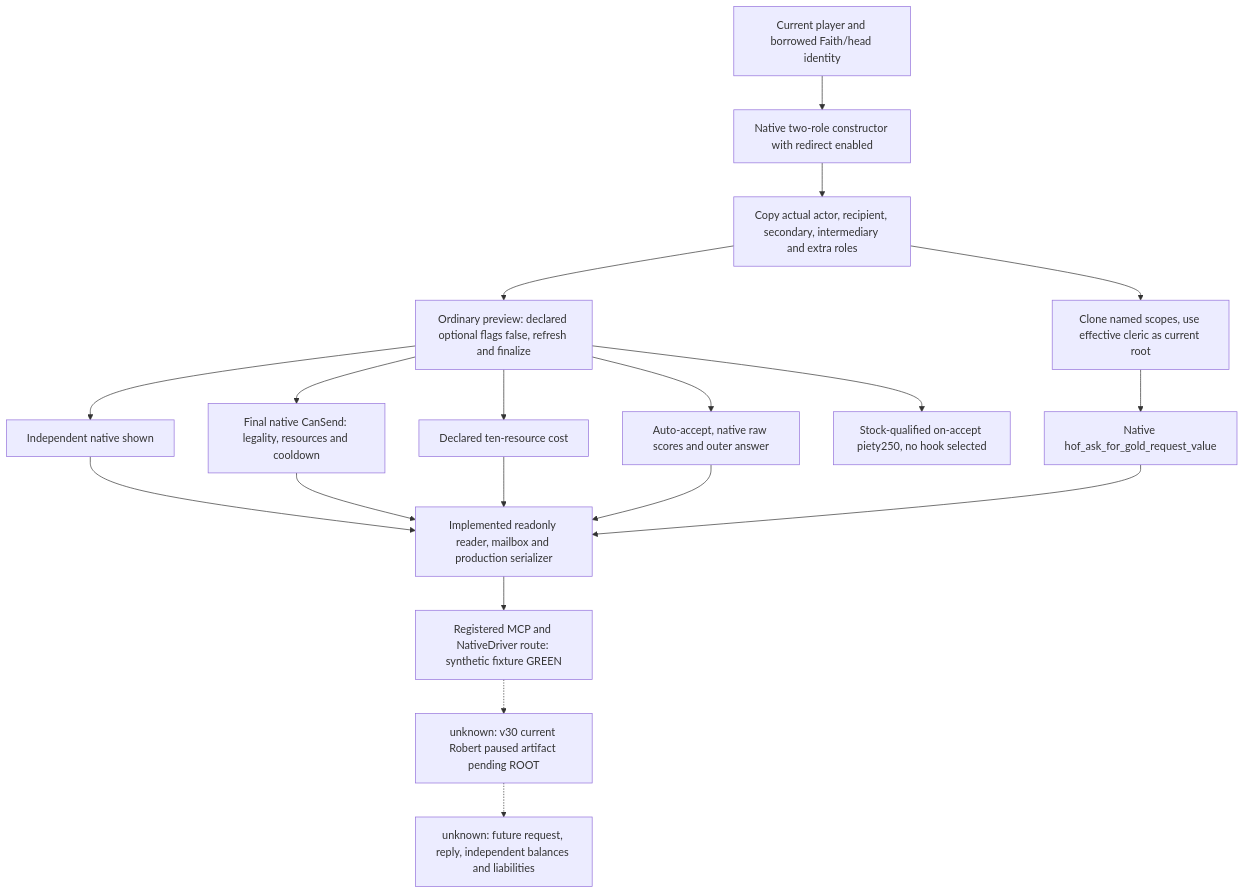
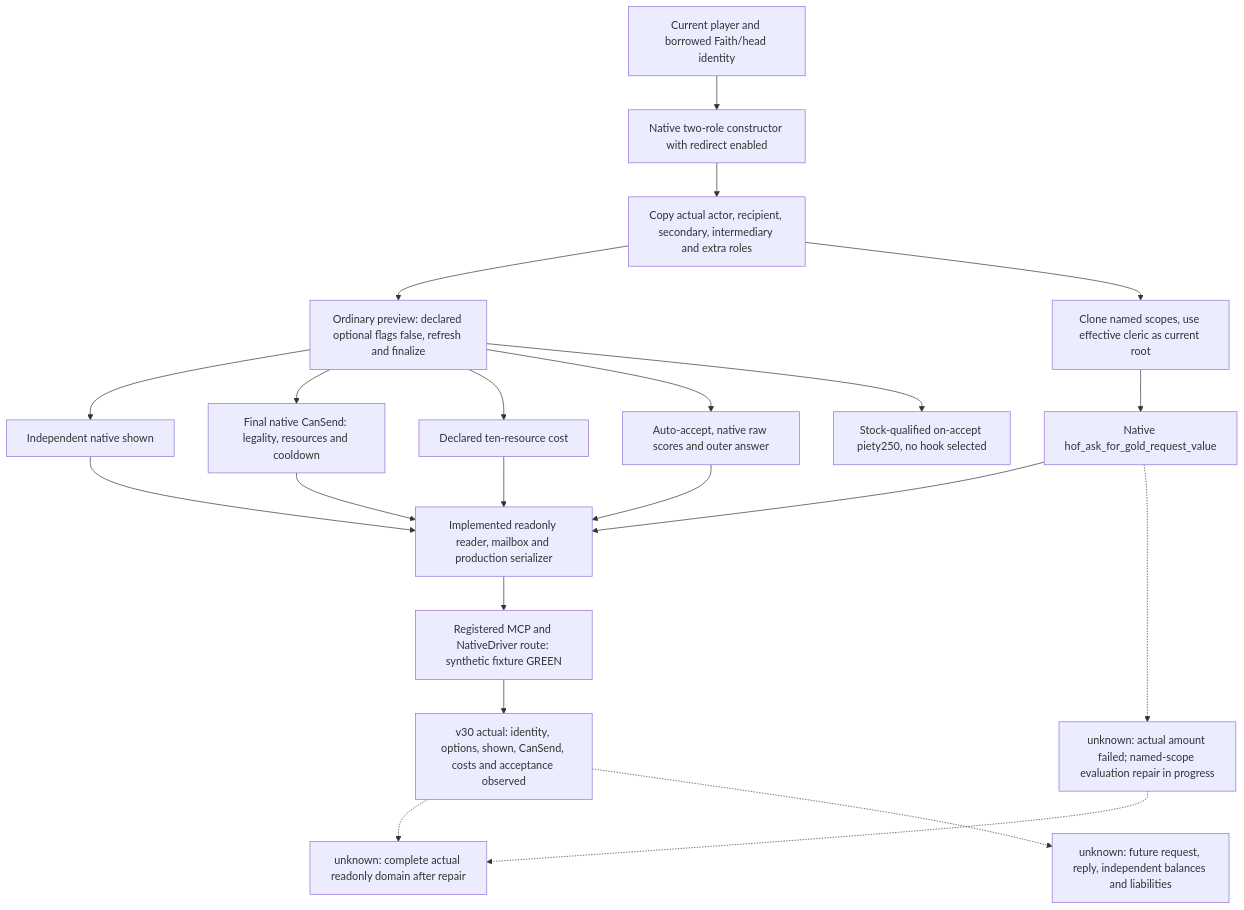
The diagram in docs/ck3-native-ai/religion-catholic-head-of-faith-gold-native-ai-12003.md (XenoAmess/ck3_eternal_recurrence), drawn with Mermaid before and after one commit. The commit also changed other lines of this file and 2 other files, not shown here.

Commit message:
Bind complete native scratch scope for head of faith gold value

````diff
--- a/docs/ck3-native-ai/religion-catholic-head-of-faith-gold-native-ai-12003.md
+++ b/docs/ck3-native-ai/religion-catholic-head-of-faith-gold-native-ai-12003.md
@@ -46,21 +46,24 @@
 ```mermaid
 flowchart TD
     I[Current player and borrowed Faith/head identity] --> R[Native two-role constructor with redirect enabled]
     R --> ER[Copy actual actor, recipient, secondary, intermediary and extra roles]
     ER --> OP[Ordinary preview: declared optional flags false, refresh and finalize]
     OP --> SH[Independent native shown]
     OP --> CS[Final native CanSend: legality, resources and cooldown]
     OP --> CO[Declared ten-resource cost]
     OP --> AC[Auto-accept, native raw scores and outer answer]
     ER --> QS[Clone named scopes, use effective cleric as current root]
     QS --> Q[Native hof_ask_for_gold_request_value]
     OP --> F[Stock-qualified on-accept piety250, no hook selected]
     SH --> LEAF[Implemented readonly reader, mailbox and production serializer]
     CS --> LEAF
     CO --> LEAF
     AC --> LEAF
     Q --> LEAF
     LEAF --> ROUTE[Registered MCP and NativeDriver route: synthetic fixture GREEN]
-    ROUTE -.-> ACT[unknown: v30 current Robert paused artifact pending ROOT]
+    ROUTE --> ACT[v30 actual: identity, options, shown, CanSend, costs and acceptance observed]
+    Q -.-> FAIL[unknown: actual amount failed; named-scope evaluation repair in progress]
+    FAIL -.-> FULL[unknown: complete actual readonly domain after repair]
+    ACT -.-> FULL
     ACT -.-> OODA[unknown: future request, reply, independent balances and liabilities]
 ```
````
